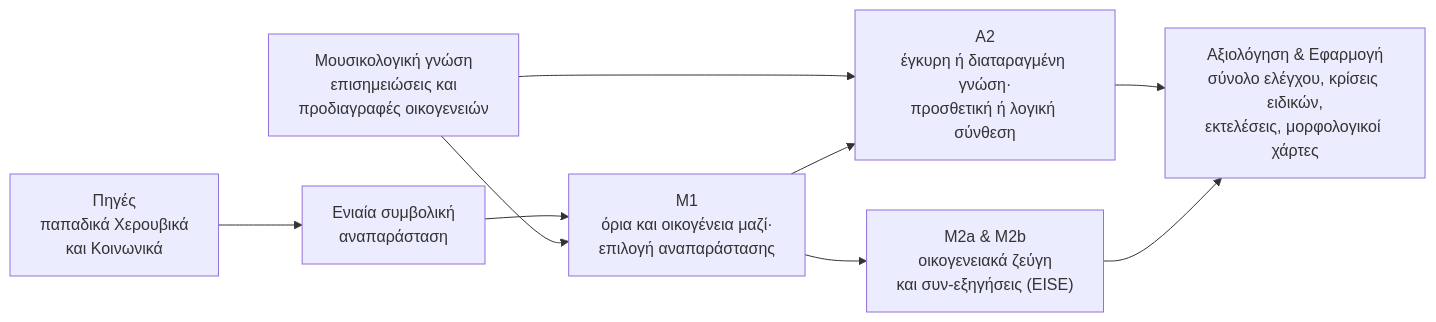
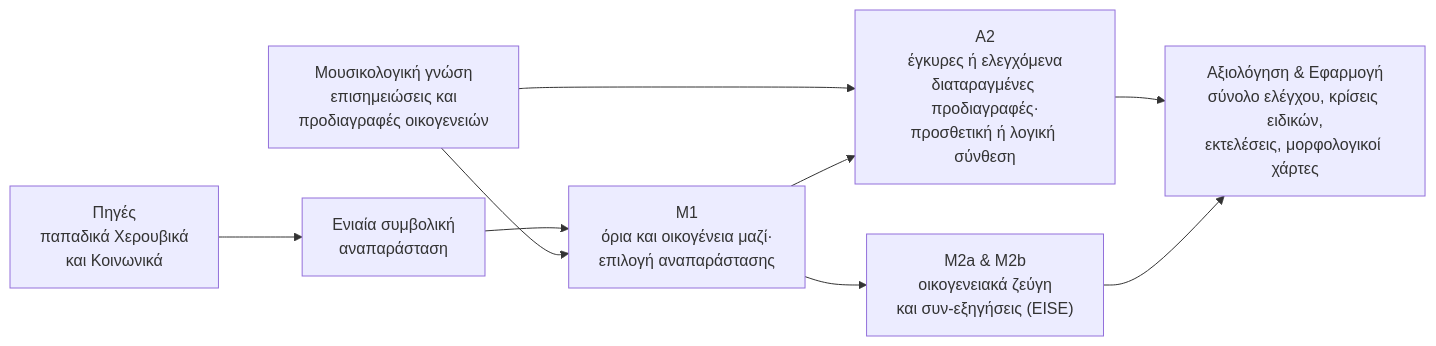
Before and after one commit to GeorgeSpy/byz-position-phd-study: the diagram in docs/start/research-summary.md, drawn with Mermaid. The commit also changed other lines of this file and 19 other files, not shown here.

````diff
--- a/docs/start/research-summary.md
+++ b/docs/start/research-summary.md
@@ -71,12 +71,12 @@
 ```mermaid
 flowchart LR
   K["Μουσικολογική γνώση<br/>επισημειώσεις και<br/>προδιαγραφές οικογενειών"]
   S["Πηγές<br/>παπαδικά Χερουβικά<br/>και Κοινωνικά"] --> R["Ενιαία συμβολική<br/>αναπαράσταση"]
   R --> M1["Μ1<br/>όρια και οικογένεια μαζί·<br/>επιλογή αναπαράστασης"]
   K --> M1
   K --> A2
-  M1 --> A2["Α2<br/>έγκυρη ή διαταραγμένη γνώση·<br/>προσθετική ή λογική σύνθεση"]
+  M1 --> A2["Α2<br/>έγκυρες ή ελεγχόμενα<br/>διαταραγμένες προδιαγραφές·<br/>προσθετική ή λογική σύνθεση"]
   M1 --> M2["Μ2a & Μ2b<br/>οικογενειακά ζεύγη<br/>και συν-εξηγήσεις (EISE)"]
   A2 --> E["Αξιολόγηση & Εφαρμογή<br/>σύνολο ελέγχου, κρίσεις ειδικών,<br/>εκτελέσεις, μορφολογικοί χάρτες"]
   M2 --> E
 ```
````
